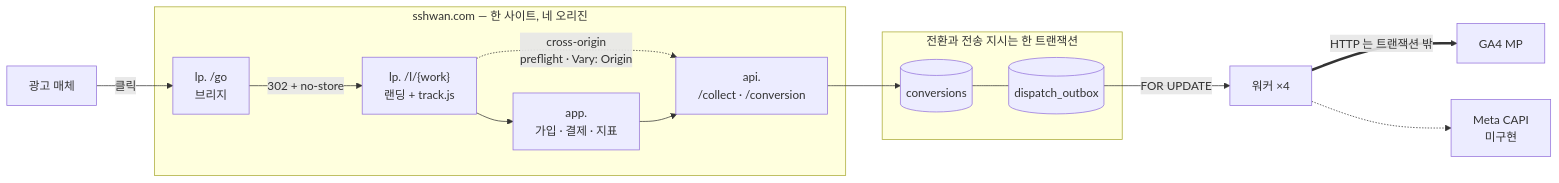
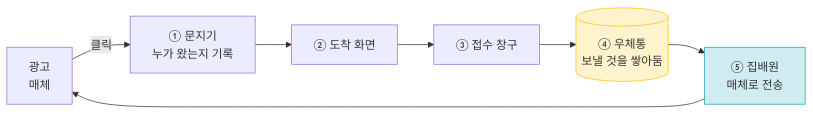
One commit to http1220/touchpoint changed the second of 6 diagrams in README.md. Above: the diagram before and after it, drawn with Mermaid. The commit also changed other lines of this file, not shown here.

````diff
--- a/README.md
+++ b/README.md
@@ -90,23 +30,11 @@
 ```mermaid
 flowchart LR
-    AD["광고 매체"] -->|"클릭"| BR
-    subgraph SITE["sshwan.com — 한 사이트, 네 오리진"]
-        BR["lp. /go<br/>브리지"]
-        LP["lp. /l/{work}<br/>랜딩 + track.js"]
-        APP["app.<br/>가입 · 결제 · 지표"]
-        API["api.<br/>/collect · /conversion"]
-    end
-    BR -->|"302 + no-store"| LP
-    LP -.->|"cross-origin<br/>preflight · Vary: Origin"| API
-    LP --> APP
-    APP --> API
-    subgraph TX["전환과 전송 지시는 한 트랜잭션"]
-        CONV[("conversions")]
-        OB[("dispatch_outbox")]
-    end
-    API --> CONV
-    CONV --- OB
-    OB -->|"FOR UPDATE"| W["워커 ×4"]
-    W ==>|"HTTP 는 트랜잭션 밖"| GA["GA4 MP"]
-    W -.-> META["Meta CAPI<br/>미구현"]
+    AD["광고<br/>매체"] -->|클릭| BR["① 문지기<br/>누가 왔는지 기록"]
+    BR --> LP["② 도착 화면"]
+    LP --> API["③ 접수 창구"]
+    API --> DB[("④ 우체통<br/>보낼 것을 쌓아둠")]
+    DB --> W["⑤ 집배원<br/>매체로 전송"]
+    W --> AD
+    style DB fill:#fff3cd,stroke:#ffc107
+    style W fill:#d1ecf1,stroke:#17a2b8
 ```
````
